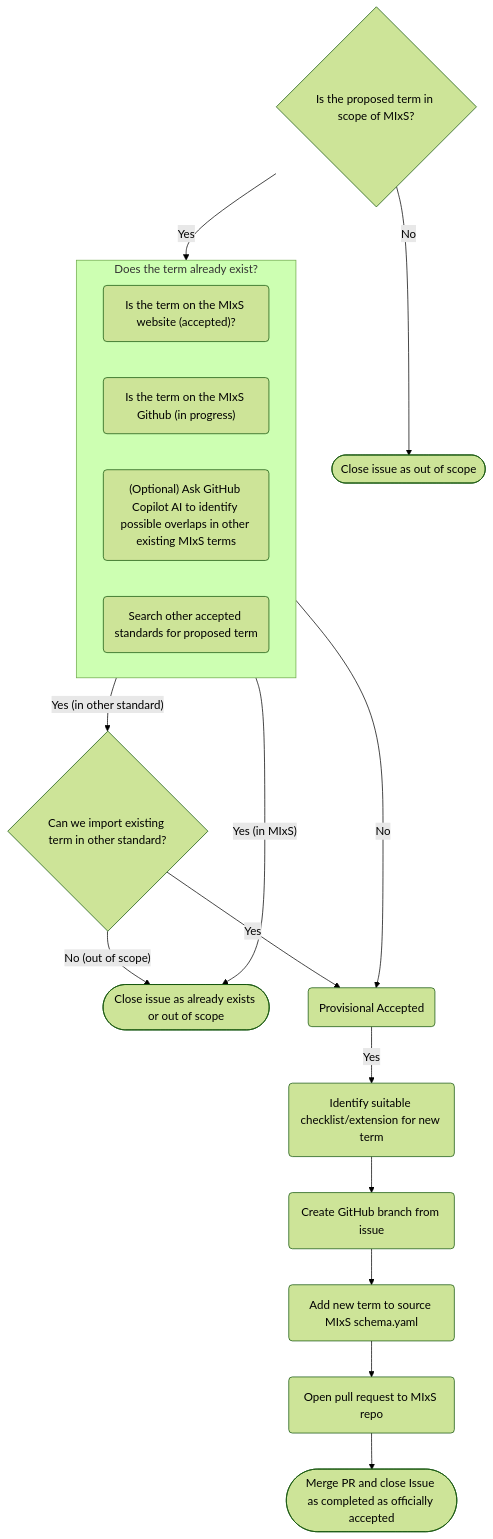
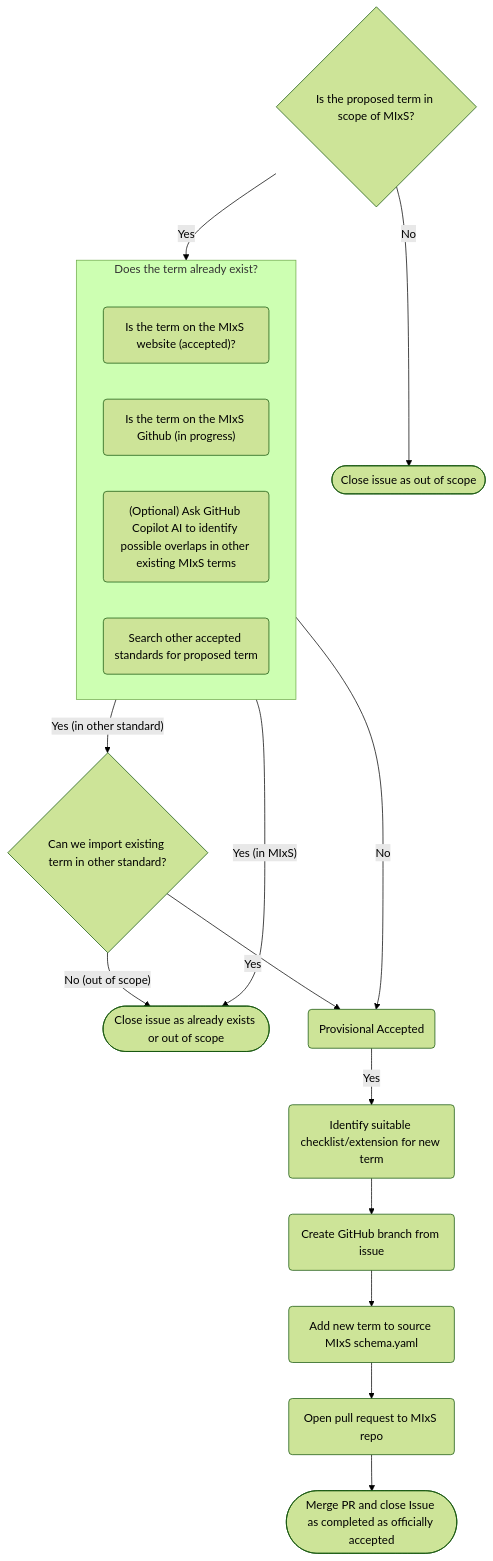
The diagram in contrib/docs/new_or_revisit_term_process.md (GenomicsStandardsConsortium/mixs), drawn with Mermaid (forest theme) before and after one commit. The commit also changed other lines of this file, not shown here.

Commit message:
Fix mermaid diagram box overlapping title as per https://github.com/mermaid-js/mermaid/issues/3806

````diff
--- a/contrib/docs/new_or_revisit_term_process.md
+++ b/contrib/docs/new_or_revisit_term_process.md
@@ -9,39 +9,45 @@
 ```mermaid
+---
+config:
+  flowchart:
+    subGraphTitleMargin:
+      bottom: 30
+---
 graph TD;
 
     in_scope{Is the proposed term in scope of MIxS?} -- No --> close_issue_out_of_scope(["Close issue as out of scope"])
 
 
     in_scope -- Yes --> already_exists{Does the term already exist?}
 
     already_exists -- "Yes (in MIxS)" --> close_issue_already_exists(["Close issue as already exists or out of scope"])
 
     already_exists -- "Yes (in other standard)" --> reuse_existing
 
 
     already_exists -- No --> accepted
 
     subgraph already_exists[Does the term already exist?]
 
         search_gsc_website("Is the term on the MIxS website (accepted)?")
         search_github("Is the term on the MIxS Github (in progress)")
         ask_ai("(Optional) Ask GitHub Copilot AI to identify possible overlaps in other existing MIxS terms")
         check_other_standards("Search other accepted standards for proposed term")
     end
 
     reuse_existing{"Can we import existing term in other standard?"} -- Yes --> accepted
 
     reuse_existing -- "No (out of scope)" --> close_issue_already_exists
 
 
 
     accepted(Provisional Accepted) -- Yes --> identify_suitable_checklist_extension("Identify suitable checklist/extension for new term") --> create_branch("Create GitHub branch from issue")
 
     create_branch --> add_to_yaml("Add new term to source MIxS schema.yaml")
 
     add_to_yaml --> open_pull_request("Open pull request to MIxS repo")
 
     open_pull_request --> review("CIG and TWG Review")
 
     review([Merge PR and close Issue as completed as officially accepted])
 ```
````
